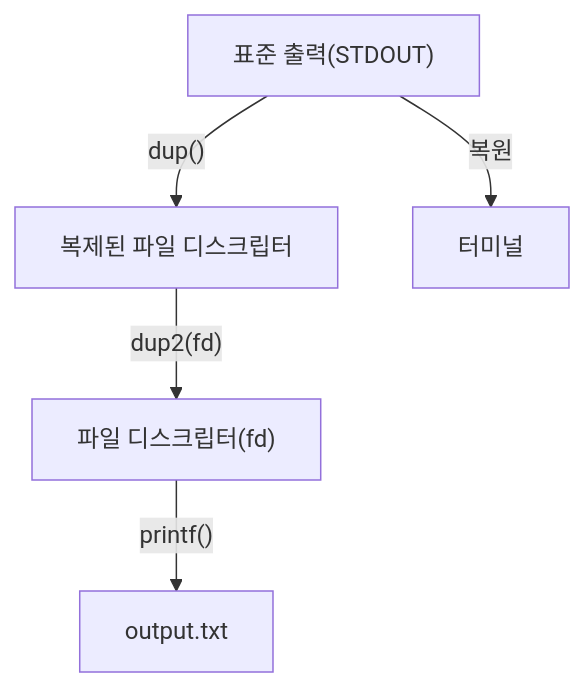
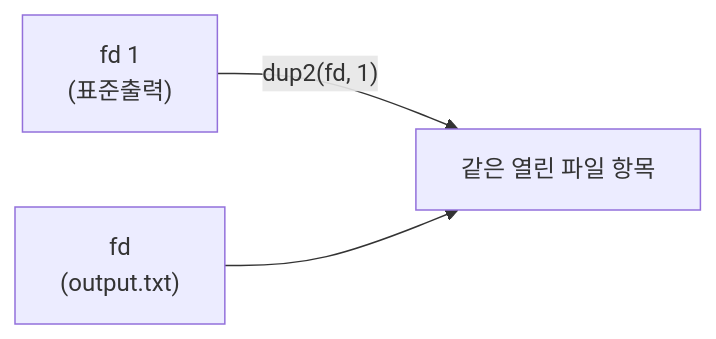
One commit to 42jerrykim/42jerrykim.github.io changed the fifth of 5 diagrams in content/collection/bashshell/20-io-redirection-linux-bash-tutorial/index.md. Above: the diagram before and after it, drawn with Mermaid. The commit also changed other lines of this file and 48 other files, not shown here.

````diff
--- a/content/collection/bashshell/20-io-redirection-linux-bash-tutorial/index.md
+++ b/content/collection/bashshell/20-io-redirection-linux-bash-tutorial/index.md
@@ -564,7 +177,5 @@
 ```mermaid
-graph TD;
-    A["표준 출력(STDOUT)"] -->|"dup()"| B[복제된 파일 디스크립터]
-    B -->|"dup2(fd)"| C["파일 디스크립터(fd)"]
-    C -->|"printf()"| D[output.txt]
-    A -->|복원| E[터미널]
+flowchart LR
+    Fd1["fd 1</br>(표준출력)"] -->|"dup2(fd, 1)"| Same["같은 열린 파일 항목"]
+    Fd["fd</br>(output.txt)"] --> Same
 ```
````
